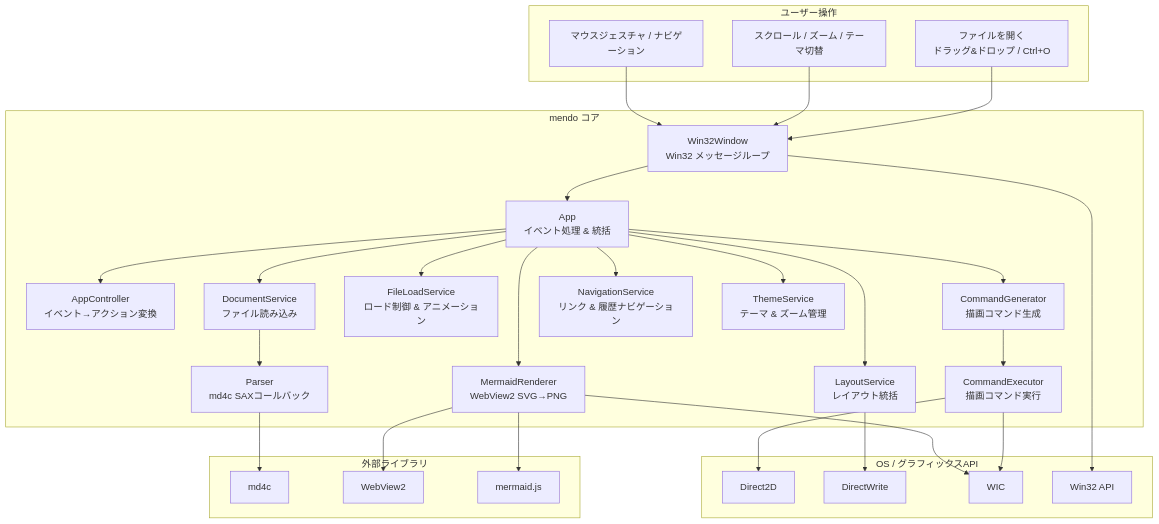
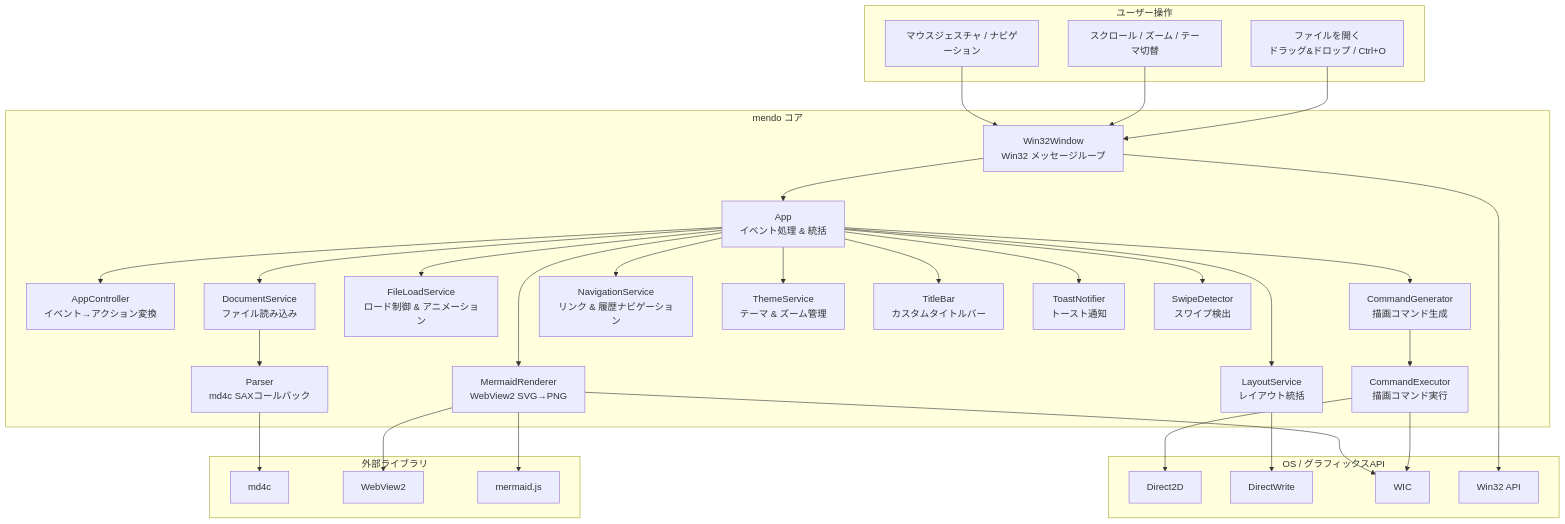
Before and after one commit to tanaton/mendo: the first of 27 diagrams in test.md, drawn with Mermaid. The commit also changed other lines of this file, not shown here.

Commit message:
ドキュメントバージョンを1.2.0に更新し、カスタムタイトルバー、トースト通知、スワイプ検出機能の詳細を追加

````diff
--- a/test.md
+++ b/test.md
@@ -40,59 +40,65 @@
 ```mermaid
 graph TB
     subgraph ユーザー操作
         A[ファイルを開く<br>ドラッグ&ドロップ / Ctrl+O]
         B[スクロール / ズーム / テーマ切替]
         C_NAV[マウスジェスチャ / ナビゲーション]
     end
 
     subgraph mendo コア
         W[Win32Window<br>Win32 メッセージループ]
         APP[App<br>イベント処理 & 統括]
         AC[AppController<br>イベント→アクション変換]
         DS[DocumentService<br>ファイル読み込み]
         FLS[FileLoadService<br>ロード制御 & アニメーション]
         P[Parser<br>md4c SAXコールバック]
         LS[LayoutService<br>レイアウト統括]
         CG[CommandGenerator<br>描画コマンド生成]
         CE[CommandExecutor<br>描画コマンド実行]
         MR[MermaidRenderer<br>WebView2 SVG→PNG]
         NS[NavigationService<br>リンク & 履歴ナビゲーション]
         TS[ThemeService<br>テーマ & ズーム管理]
+        TB[TitleBar<br>カスタムタイトルバー]
+        TN[ToastNotifier<br>トースト通知]
+        SD[SwipeDetector<br>スワイプ検出]
     end
 
     subgraph 外部ライブラリ
         I[md4c]
         J[WebView2]
         K[mermaid.js]
     end
 
     subgraph OS / グラフィックスAPI
         L[Direct2D]
         M[DirectWrite]
         N[WIC]
         O[Win32 API]
     end
 
     A --> W
     B --> W
     C_NAV --> W
     W --> APP
     APP --> AC
     APP --> DS
     APP --> FLS
     DS --> P
     P --> I
     APP --> LS
     LS --> M
     APP --> CG
     CG --> CE
     CE --> L
     CE --> N
     APP --> MR
     MR --> J
     MR --> K
     MR --> N
     APP --> NS
     APP --> TS
+    APP --> TB
+    APP --> TN
+    APP --> SD
     W --> O
 ```
````
